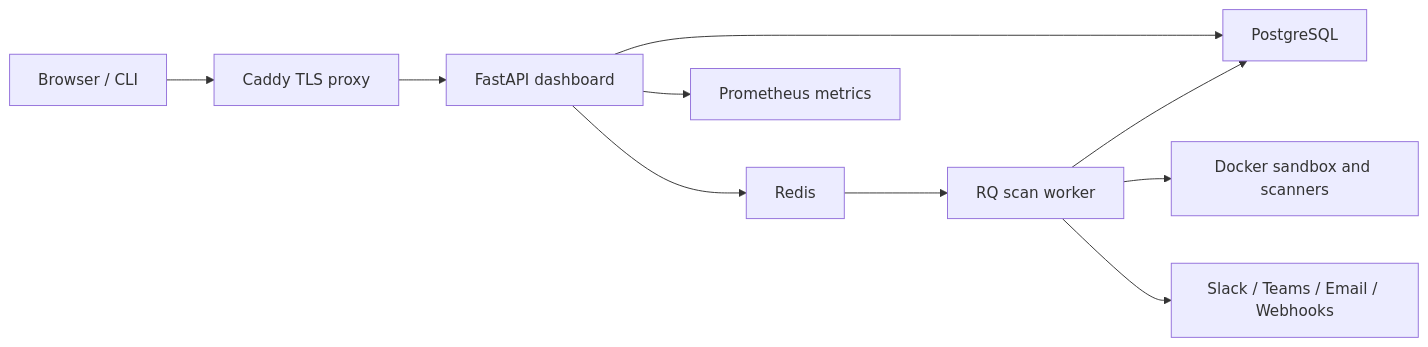
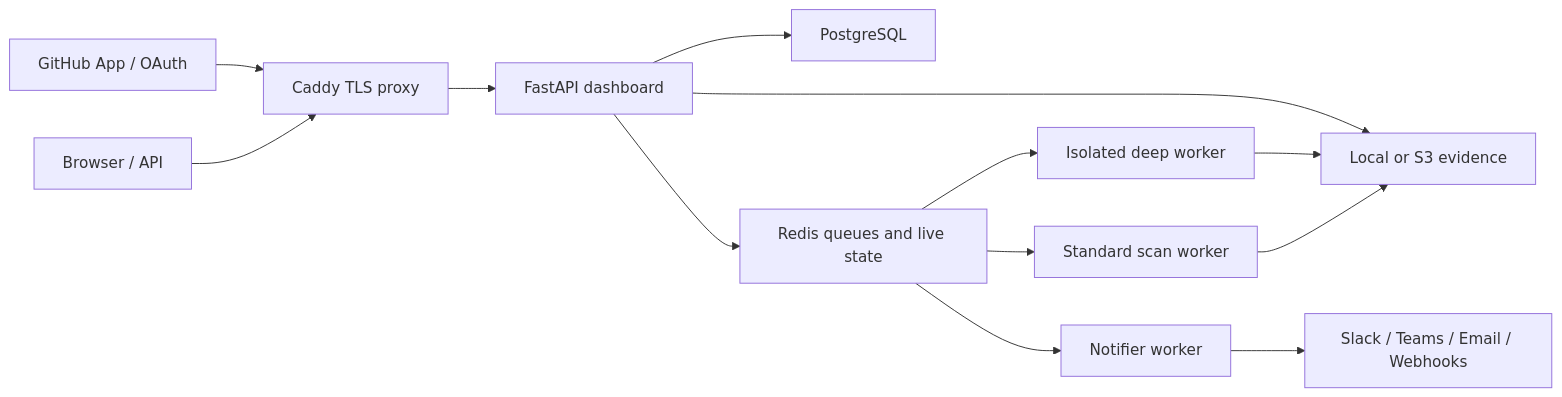
The diagram in README.md (huslenine999/aegis), drawn with Mermaid before and after one commit. The commit also changed other lines of this file, not shown here.

````diff
--- a/README.md
+++ b/README.md
@@ -210,12 +289,15 @@
 ```mermaid
 flowchart LR
-    User["Browser / CLI"] --> Caddy["Caddy TLS proxy"]
-    Caddy --> API["FastAPI dashboard"]
-    API --> Postgres["PostgreSQL"]
-    API --> Redis["Redis"]
-    Redis --> Worker["RQ scan worker"]
-    Worker --> Sandbox["Docker sandbox and scanners"]
-    Worker --> Postgres
-    API --> Metrics["Prometheus metrics"]
-    Worker --> Notify["Slack / Teams / Email / Webhooks"]
+    User["Browser / API"] --> Proxy["Caddy TLS proxy"]
+    GitHub["GitHub App / OAuth"] --> Proxy
+    Proxy --> API["FastAPI dashboard"]
+    API --> DB["PostgreSQL"]
+    API --> Redis["Redis queues and live state"]
+    Redis --> Worker["Standard scan worker"]
+    Redis --> Deep["Isolated deep worker"]
+    Redis --> Notifier["Notifier worker"]
+    Worker --> Evidence["Local or S3 evidence"]
+    Deep --> Evidence
+    API --> Evidence
+    Notifier --> Channels["Slack / Teams / Email / Webhooks"]
 ```
````
